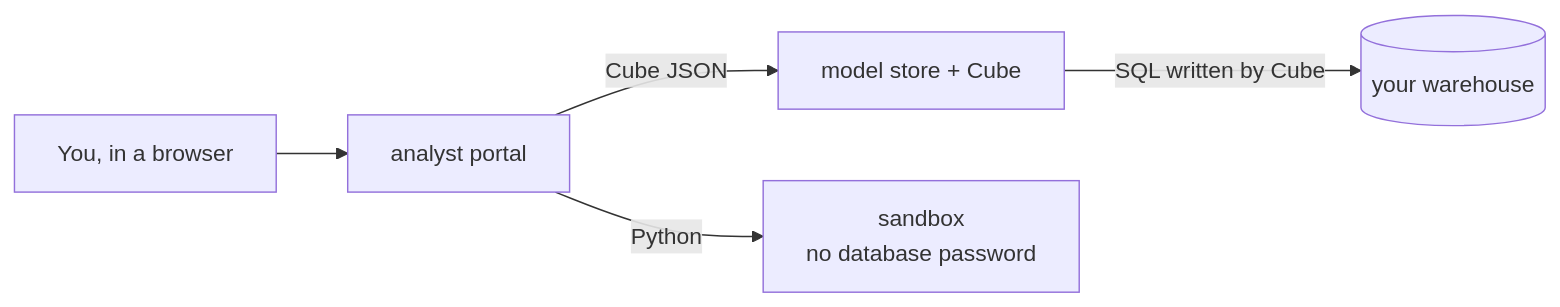
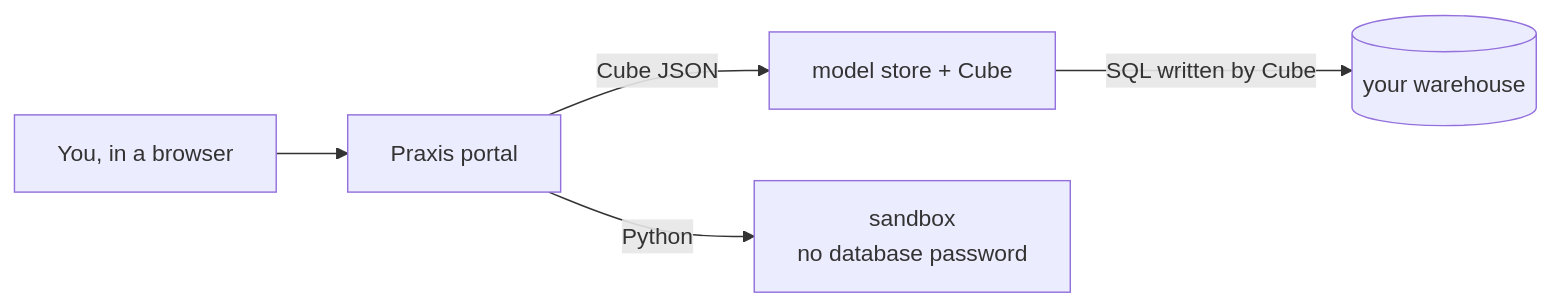
The diagram in docs/index.md (rustifypy/praxis), drawn with Mermaid before and after one commit. The commit also changed other lines of this file and 184 other files, not shown here.

````diff
--- a/docs/index.md
+++ b/docs/index.md
@@ -37,7 +37,7 @@
 ```mermaid
 flowchart LR
-    U[You, in a browser] --> P[analyst portal]
+    U[You, in a browser] --> P[Praxis portal]
     P -- Cube JSON --> S[model store + Cube]
     P -- Python --> X[sandbox<br/>no database password]
     S -- SQL written by Cube --> W[(your warehouse)]
 ```
````
